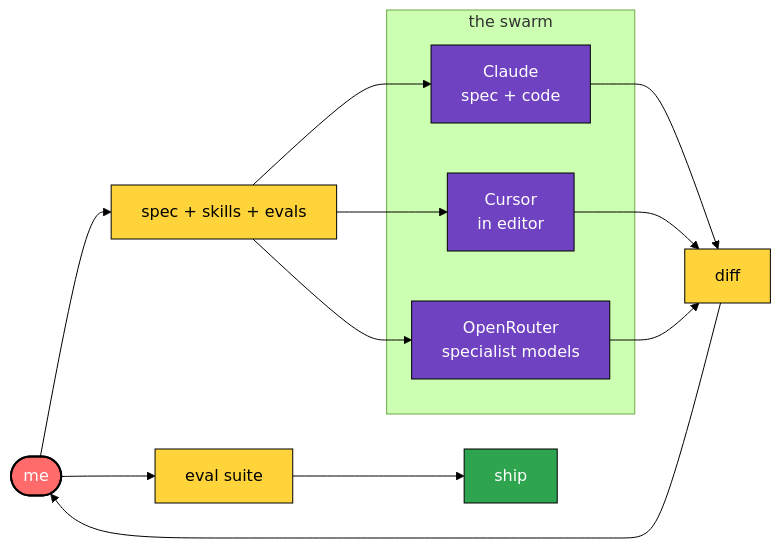
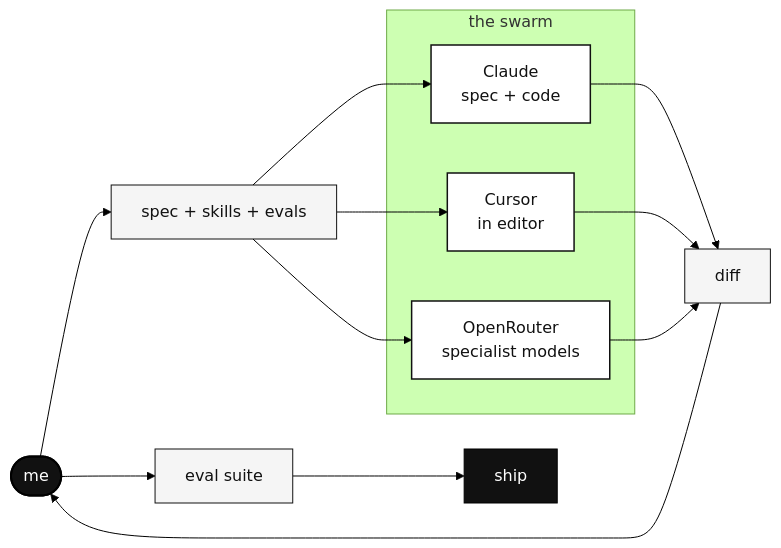
The first of 3 diagrams in README.md (AbhiiGatty/AbhiiGatty), drawn with Mermaid (forest theme) before and after one commit. The commit also changed other lines of this file, not shown here.

````diff
--- a/README.md
+++ b/README.md
@@ -56,33 +47,33 @@
 ```mermaid
 flowchart LR
     Me([me])
     subgraph Agents[the swarm]
       C[Claude<br/>spec + code]
       K[Cursor<br/>in editor]
       O[OpenRouter<br/>specialist models]
     end
     Spec[spec + skills + evals]
     Diff[diff]
     Eval[eval suite]
     Ship[ship]
 
     Me --> Spec
     Spec --> C
     Spec --> K
     Spec --> O
     C --> Diff
     K --> Diff
     O --> Diff
     Diff --> Me
     Me --> Eval
     Eval --> Ship
 
-    classDef me fill:#FF6B6B,stroke:#000,stroke-width:2px,color:#fff
-    classDef agent fill:#6F42C1,stroke:#000,color:#fff
-    classDef artifact fill:#FFD43B,stroke:#000,color:#000
-    classDef ship fill:#2EA44F,stroke:#000,color:#fff
+    classDef me fill:#111111,stroke:#000,stroke-width:2px,color:#ffffff
+    classDef agent fill:#ffffff,stroke:#111111,stroke-width:1.5px,color:#111111
+    classDef artifact fill:#f5f5f5,stroke:#111111,stroke-width:1px,color:#111111
+    classDef ship fill:#111111,stroke:#000,color:#ffffff
     class Me me
     class C,K,O agent
     class Spec,Diff,Eval artifact
     class Ship ship
 ```
````
